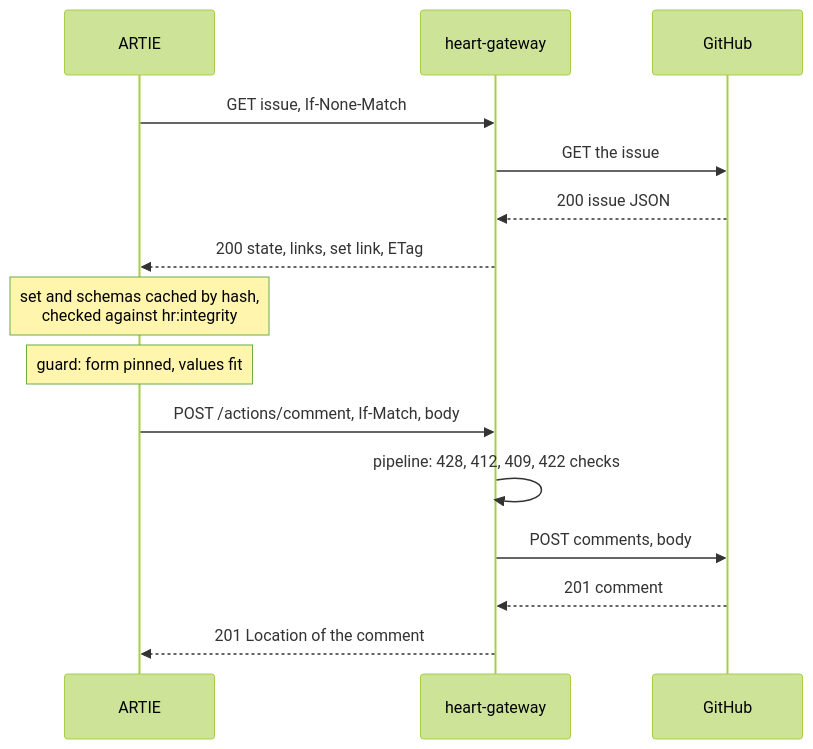
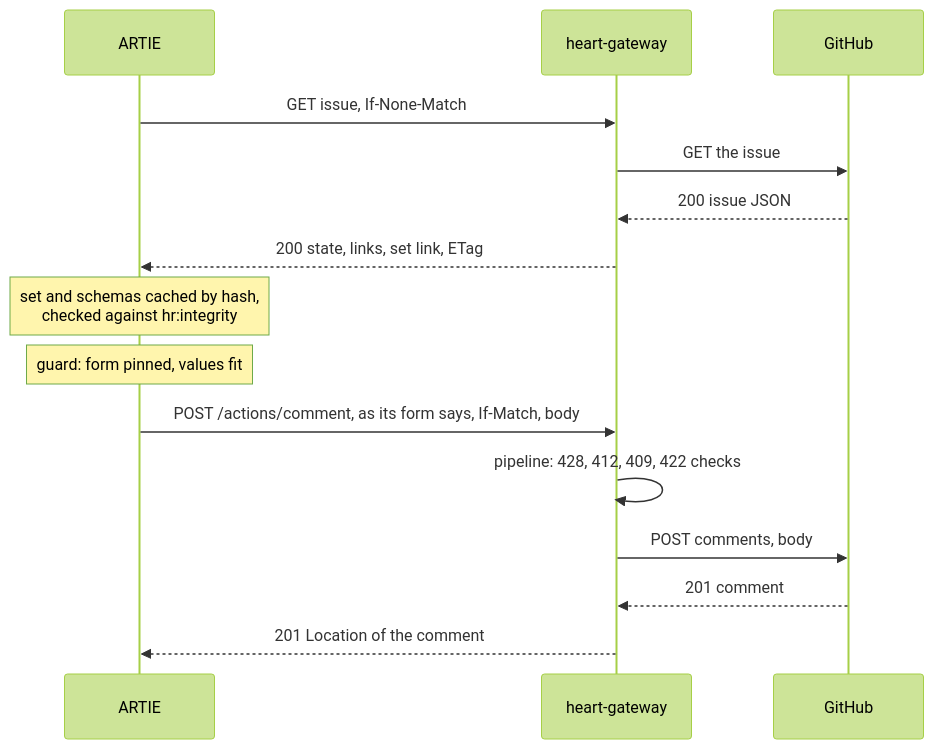
One commit to JogoShugh/heart-rise-artie changed the fifth of 10 diagrams in docs/reports/architecture/diagrams.md. Above: the diagram before and after it, drawn with Mermaid (forest theme). The commit also changed other lines of this file and 6 other files, not shown here.

````diff
--- a/docs/reports/architecture/diagrams.md
+++ b/docs/reports/architecture/diagrams.md
@@ -148,17 +148,17 @@
 ```mermaid
 sequenceDiagram
   participant A as ARTIE
   participant G as heart-gateway
   participant H as GitHub
   A->>G: GET issue, If-None-Match
   G->>H: GET the issue
   H-->>G: 200 issue JSON
   G-->>A: 200 state, links, set link, ETag
   Note over A: set and schemas cached by hash,<br/>checked against hr:integrity
   Note over A: guard: form pinned, values fit
-  A->>G: POST /actions/comment, If-Match, body
+  A->>G: POST /actions/comment, as its form says, If-Match, body
   G->>G: pipeline: 428, 412, 409, 422 checks
   G->>H: POST comments, body
   H-->>G: 201 comment
   G-->>A: 201 Location of the comment
 ```
````
